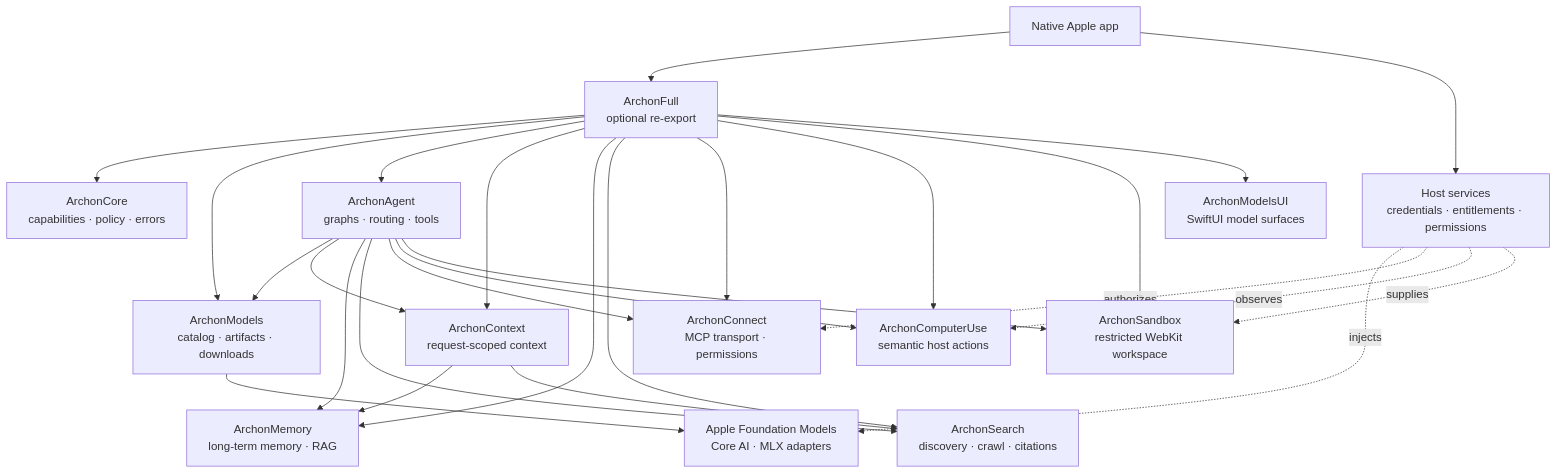
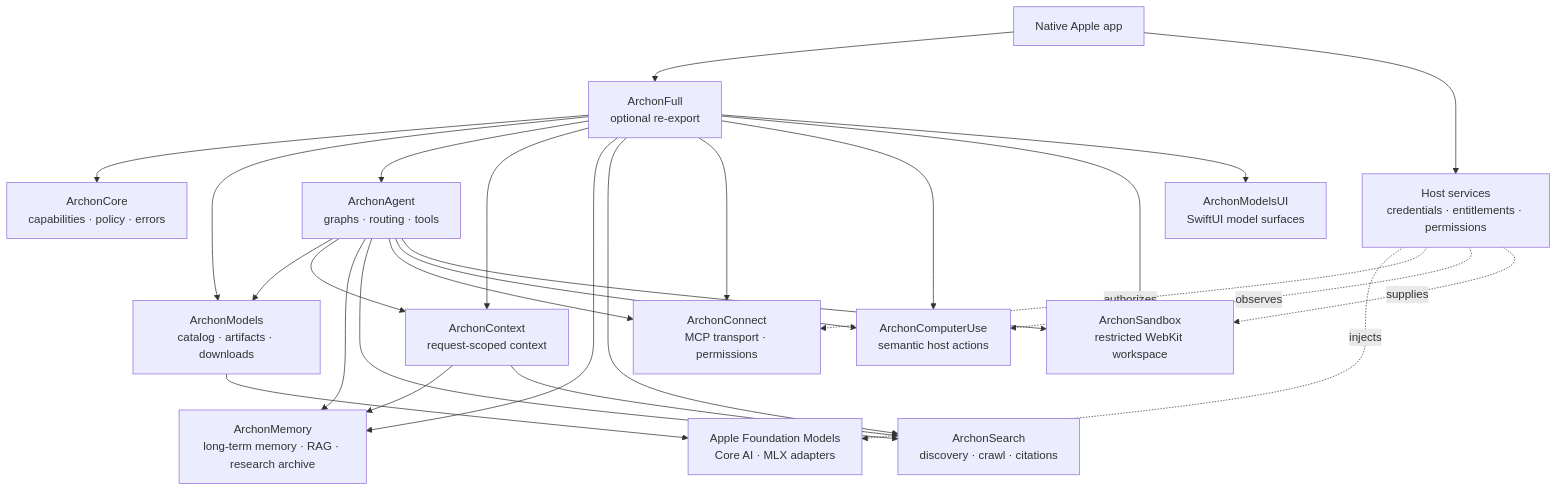
The diagram in README.md (VM451/archon-swift), drawn with Mermaid before and after one commit. The commit also changed other lines of this file and 24 other files, not shown here.

Commit message:
feat(memory): add competitive research archive and durability hardening

````diff
--- a/README.md
+++ b/README.md
@@ -82,44 +84,44 @@
 ```mermaid
 flowchart TB
     App["Native Apple app"]
     Facade["ArchonFull<br/>optional re-export"]
     Core["ArchonCore<br/>capabilities · policy · errors"]
     Models["ArchonModels<br/>catalog · artifacts · downloads"]
     Agent["ArchonAgent<br/>graphs · routing · tools"]
     Context["ArchonContext<br/>request-scoped context"]
-    Memory["ArchonMemory<br/>long-term memory · RAG"]
+    Memory["ArchonMemory<br/>long-term memory · RAG · research archive"]
     Search["ArchonSearch<br/>discovery · crawl · citations"]
     Connect["ArchonConnect<br/>MCP transport · permissions"]
     ComputerUse["ArchonComputerUse<br/>semantic host actions"]
     Sandbox["ArchonSandbox<br/>restricted WebKit workspace"]
     UI["ArchonModelsUI<br/>SwiftUI model surfaces"]
     Runtime["Apple Foundation Models<br/>Core AI · MLX adapters"]
     Host["Host services<br/>credentials · entitlements · permissions"]
 
     App --> Facade
     App --> Host
     Facade --> Core
     Facade --> Models
     Facade --> Agent
     Facade --> Context
     Facade --> Memory
     Facade --> Search
     Facade --> Connect
     Facade --> ComputerUse
     Facade --> Sandbox
     Facade --> UI
     Agent --> Models
     Agent --> Context
     Agent --> Memory
     Agent --> Search
     Agent --> Connect
     Agent --> ComputerUse
     Agent --> Sandbox
     Models --> Runtime
     Context --> Memory
     Context --> Search
     Host -. injects .-> Runtime
     Host -. authorizes .-> Connect
     Host -. observes .-> ComputerUse
     Host -. supplies .-> Sandbox
 ```
````
